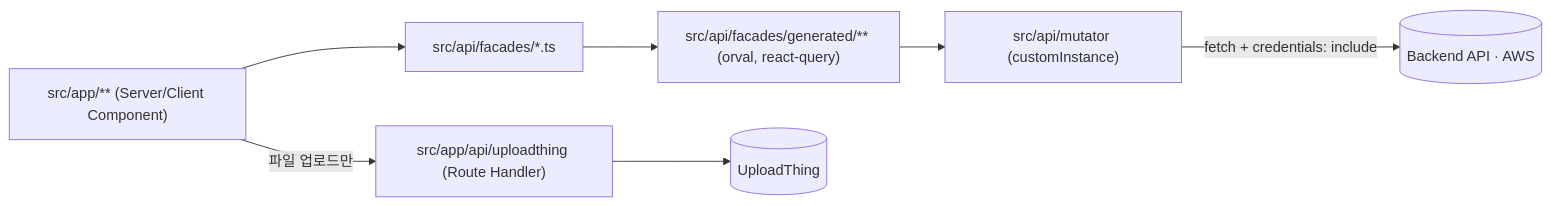
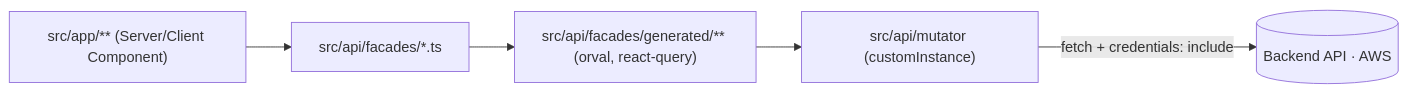
Before and after one commit to peakda/peakda-front: the first of 3 diagrams in ARCHITECTURE.md, drawn with Mermaid. The commit also changed other lines of this file and 22 other files, not shown here.

````diff
--- a/ARCHITECTURE.md
+++ b/ARCHITECTURE.md
@@ -7,14 +7,11 @@
 ```mermaid
 flowchart LR
   Page["src/app/** (Server/Client Component)"]
   Facade["src/api/facades/*.ts"]
   Generated["src/api/facades/generated/** (orval, react-query)"]
   Mutator["src/api/mutator (customInstance)"]
   Backend[("Backend API · AWS")]
-  Upload["src/app/api/uploadthing (Route Handler)"]
-  UT[("UploadThing")]
 
   Page --> Facade --> Generated --> Mutator
   Mutator -->|"fetch + credentials: include"| Backend
-  Page -->|파일 업로드만| Upload --> UT
 ```
````
